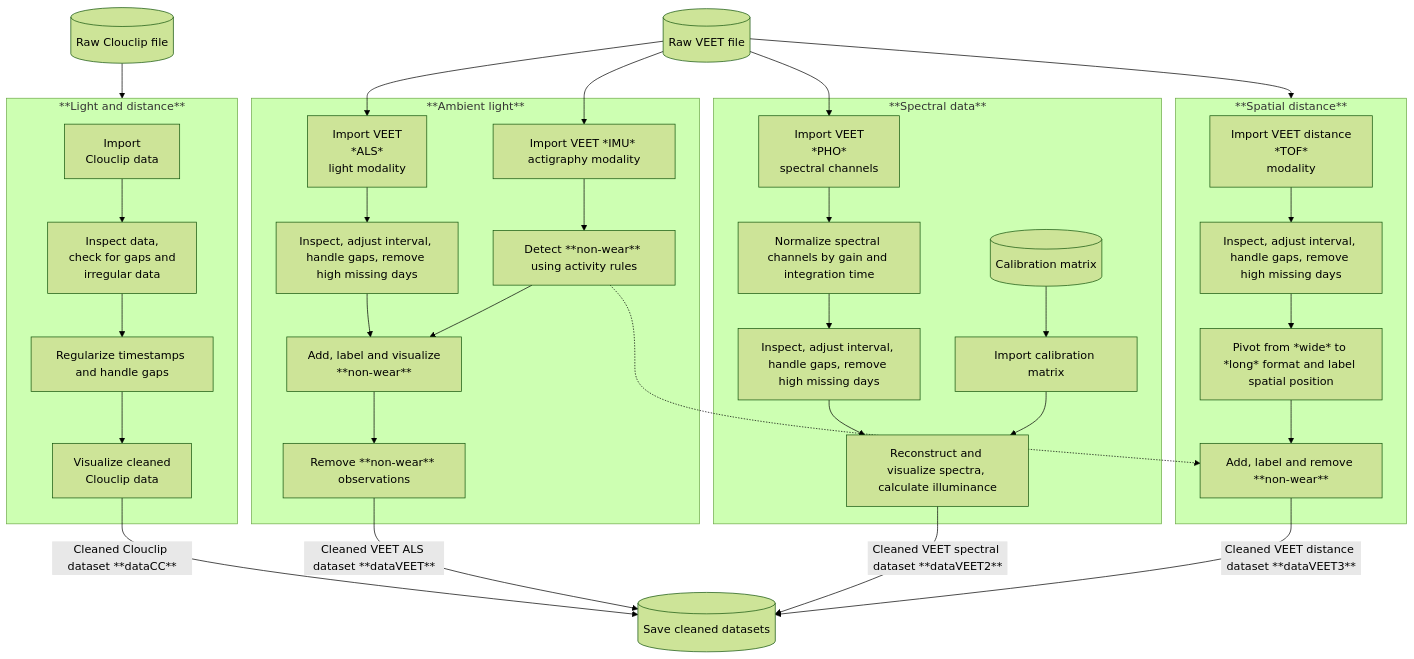
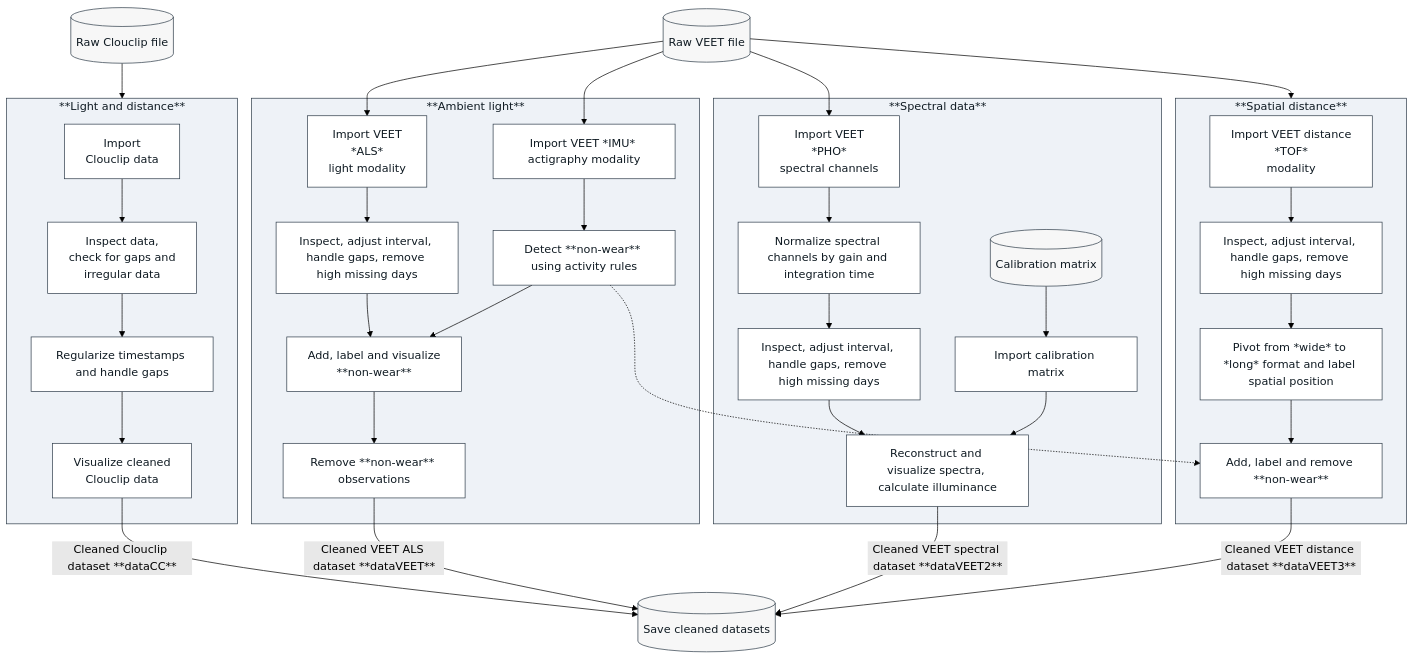
The first of 2 diagrams in _Flowchart.qmd (tscnlab/ZaunerEtAl_JVis_2026), drawn with Mermaid (forest theme) before and after one commit. The commit also changed other lines of this file and 26 other files, not shown here.

Commit message:
update to flowcharts

````diff
--- a/_Flowchart.qmd
+++ b/_Flowchart.qmd
@@ -11,19 +11,23 @@
 
 flowchart TD
 
+classDef input fill:#f7f7f7,stroke:#2f3d4a,color:#0f1a22,stroke-width:1px;
+classDef process fill:#ffffff,stroke:#2f3d4a,color:#0f1a22,stroke-width:1px;
+classDef output fill:#eef2f7,stroke:#2f3d4a,color:#0f1a22,stroke-width:1px;
+
 %% ===== Raw inputs =====
-RAW_CC[(Raw Clouclip file)]
-RAW_VEET[(Raw VEET file)]
+RAW_CC[(Raw Clouclip file)]:::input
+RAW_VEET[(Raw VEET file)]:::input
 
 %% ===== Clouclip preprocessing =====
 CC_IMP[Import 
-Clouclip data]
+Clouclip data]:::process
 CC_QC[Inspect data, 
 check for gaps and 
-irregular data]
-CC_REG[Regularize timestamps and handle gaps]
+irregular data]:::process
+CC_REG[Regularize timestamps and handle gaps]:::process
 CC_VIS[Visualize cleaned 
-Clouclip data]
+Clouclip data]:::process
 
 RAW_CC --> Clouclip
 subgraph Clouclip[**Light and distance**]
@@ -35,13 +39,13 @@
 %% ===== VEET ALS light preprocessing =====
 ALS_IMP[Import VEET 
 *ALS* 
-light modality]
-ALS_QC[Inspect, adjust interval, handle gaps, remove high missing days]
-IMU_IMP[Import VEET *IMU* actigraphy modality]
-IMU_NONWEAR[Detect **non-wear** using activity rules]
+light modality]:::process
+ALS_QC[Inspect, adjust interval, handle gaps, remove high missing days]:::process
+IMU_IMP[Import VEET *IMU* actigraphy modality]:::process
+IMU_NONWEAR[Detect **non-wear** using activity rules]:::process
 ALS_NONWEAR[Add, label and visualize 
-**non-wear**]
-ALS_CLEAN[Remove **non-wear** observations]
+**non-wear**]:::process
+ALS_CLEAN[Remove **non-wear** observations]:::process
 
 RAW_VEET --> ALS_IMP
 RAW_VEET --> IMU_IMP
@@ -56,13 +60,13 @@
 %% ===== VEET spectral preprocessing =====
 SPEC_IMP[Import VEET 
 *PHO* 
-spectral channels]
-SPEC_NORM[Normalize spectral channels by gain and integration time]
-SPEC_CLEAN[Inspect, adjust interval, handle gaps, remove high missing days]
-SPEC_CALfile[(Calibration matrix)]
-SPEC_CAL[Import calibration matrix]
+spectral channels]:::process
+SPEC_NORM[Normalize spectral channels by gain and integration time]:::process
+SPEC_CLEAN[Inspect, adjust interval, handle gaps, remove high missing days]:::process
+SPEC_CALfile[(Calibration matrix)]:::input
+SPEC_CAL[Import calibration matrix]:::process
 SPEC_RECON[Reconstruct and visualize spectra, 
-calculate illuminance]
+calculate illuminance]:::process
 
 RAW_VEET --> SPEC_IMP
 subgraph Spectrum[**Spectral data**]
@@ -76,10 +80,10 @@
 %% ===== VEET distance preprocessing =====
 TOF_IMP[Import VEET distance 
 *TOF* 
-modality]
-TOF_QC[Inspect, adjust interval, handle gaps, remove high missing days]
-TOF_PIV[Pivot from *wide* to *long* format and label spatial position]
-TOF_NONWEAR[Add, label and remove **non-wear**]
+modality]:::process
+TOF_QC[Inspect, adjust interval, handle gaps, remove high missing days]:::process
+TOF_PIV[Pivot from *wide* to *long* format and label spatial position]:::process
+TOF_NONWEAR[Add, label and remove **non-wear**]:::process
 
 IMU_NONWEAR -.-> TOF_NONWEAR
 RAW_VEET --> Distance
@@ -89,10 +93,12 @@
 TOF_PIV --> TOF_NONWEAR
 end
 %% ===== Save outputs =====
-SAVE[(Save cleaned datasets)]
+SAVE[(Save cleaned datasets)]:::input
 
 CC_VIS -- Cleaned Clouclip dataset **dataCC** --> SAVE
 ALS_CLEAN -- Cleaned VEET ALS dataset **dataVEET** --> SAVE
 SPEC_RECON -- Cleaned VEET spectral dataset **dataVEET2** --> SAVE
 TOF_NONWEAR -- Cleaned VEET distance dataset **dataVEET3** --> SAVE
+
+class Clouclip,Distance,Spectrum,Light output;
 ```
````
